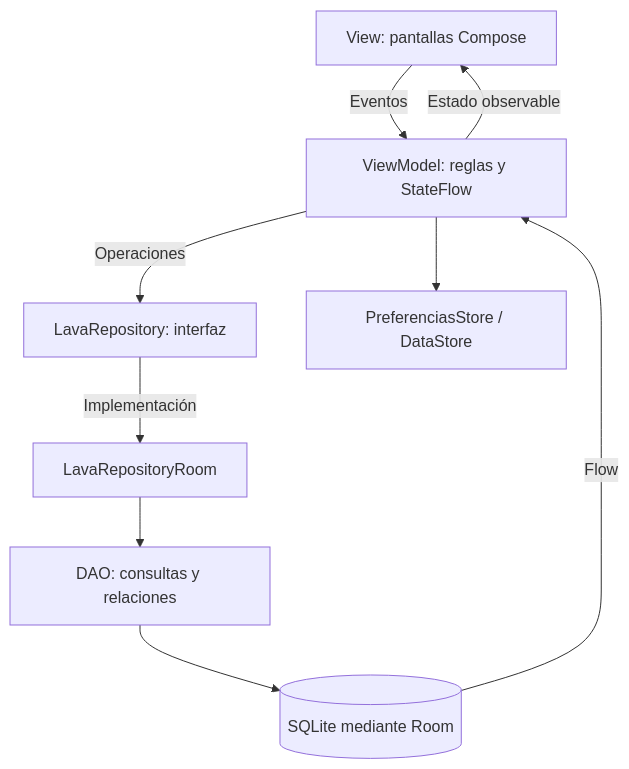
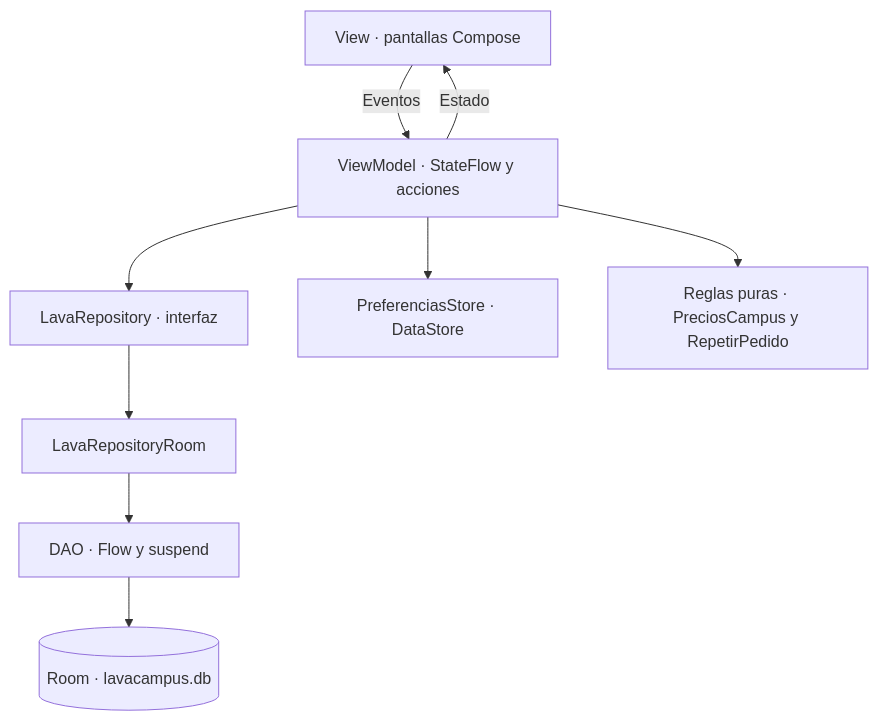
Before and after one commit to JARA20022/Programacion_Moviles_Jara: the diagram in Semana08/LavaCampus/README.md, drawn with Mermaid. The commit also changed other lines of this file and 1 other file, not shown here.

````diff
--- a/Semana08/LavaCampus/README.md
+++ b/Semana08/LavaCampus/README.md
@@ -139,11 +165,11 @@
 ```mermaid
 flowchart TD
-    V["View: pantallas Compose"] -->|Eventos| VM["ViewModel: reglas y StateFlow"]
-    VM -->|Estado observable| V
-    VM -->|Operaciones| R["LavaRepository: interfaz"]
-    R -->|Implementación| RR["LavaRepositoryRoom"]
-    RR --> D["DAO: consultas y relaciones"]
-    D --> DB[("SQLite mediante Room")]
-    DB -->|Flow| VM
-    VM --> P["PreferenciasStore / DataStore"]
+    V["View · pantallas Compose"] -->|Eventos| VM["ViewModel · StateFlow y acciones"]
+    VM -->|Estado| V
+    VM --> R["LavaRepository · interfaz"]
+    R --> RR["LavaRepositoryRoom"]
+    RR --> D["DAO · Flow y suspend"]
+    D --> DB[("Room · lavacampus.db")]
+    VM --> P["PreferenciasStore · DataStore"]
+    VM --> M["Reglas puras · PreciosCampus y RepetirPedido"]
 ```
````
